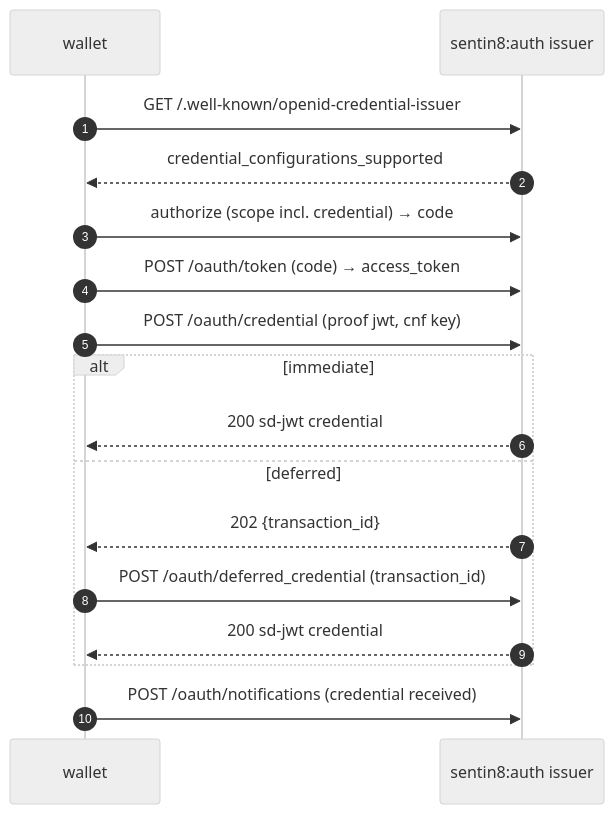
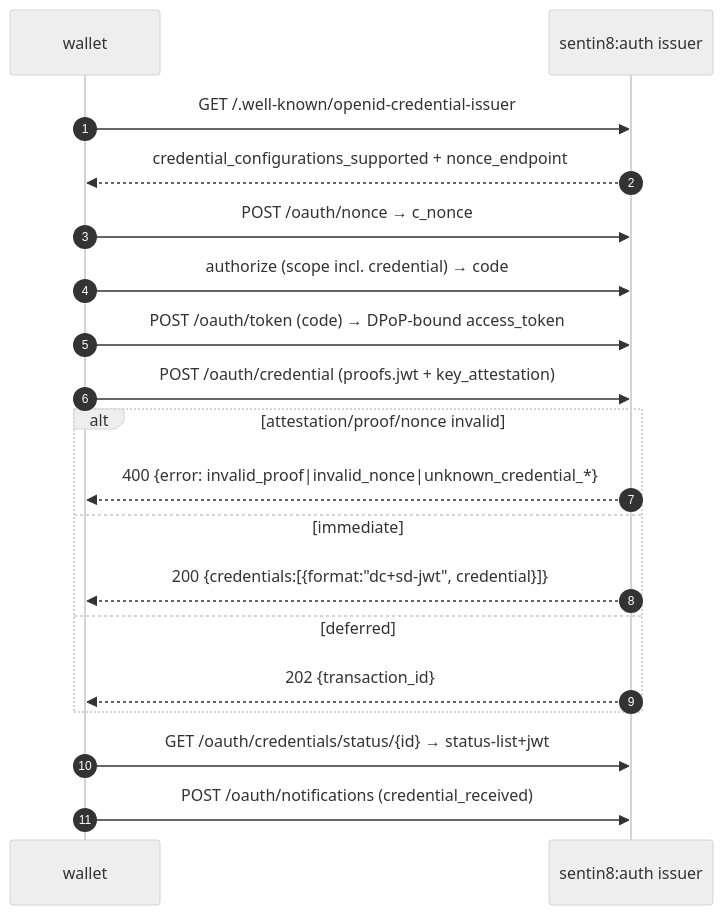
Diagram 15 of 15 in DESIGN.md (Sentin8/sentin8-auth), drawn with Mermaid (neutral theme) before and after one commit. The commit also changed other lines of this file and 33 other files, not shown here.

````diff
--- a/DESIGN.md
+++ b/DESIGN.md
@@ -1000,19 +1049,21 @@
 ```mermaid
 sequenceDiagram
     autonumber
     participant W as wallet
     participant OP as sentin8:auth issuer
     W->>OP: GET /.well-known/openid-credential-issuer
-    OP-->>W: credential_configurations_supported
+    OP-->>W: credential_configurations_supported + nonce_endpoint
+    W->>OP: POST /oauth/nonce → c_nonce
     W->>OP: authorize (scope incl. credential) → code
-    W->>OP: POST /oauth/token (code) → access_token
-    W->>OP: POST /oauth/credential (proof jwt, cnf key)
-    alt immediate
-        OP-->>W: 200 sd-jwt credential
+    W->>OP: POST /oauth/token (code) → DPoP-bound access_token
+    W->>OP: POST /oauth/credential (proofs.jwt + key_attestation)
+    alt attestation/proof/nonce invalid
+        OP-->>W: 400 {error: invalid_proof|invalid_nonce|unknown_credential_*}
+    else immediate
+        OP-->>W: 200 {credentials:[{format:"dc+sd-jwt", credential}]}
     else deferred
         OP-->>W: 202 {transaction_id}
-        W->>OP: POST /oauth/deferred_credential (transaction_id)
-        OP-->>W: 200 sd-jwt credential
     end
-    W->>OP: POST /oauth/notifications (credential received)
+    W->>OP: GET /oauth/credentials/status/{id} → status-list+jwt
+    W->>OP: POST /oauth/notifications (credential_received)
 ```
````
